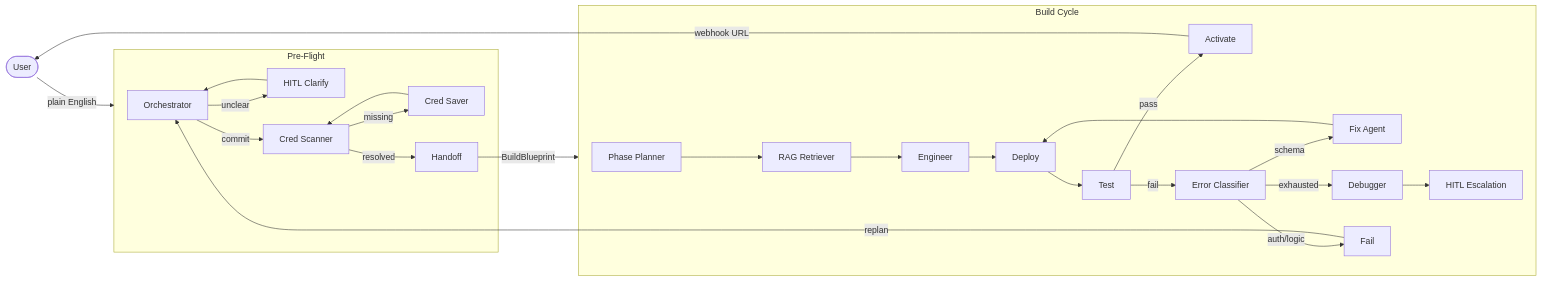
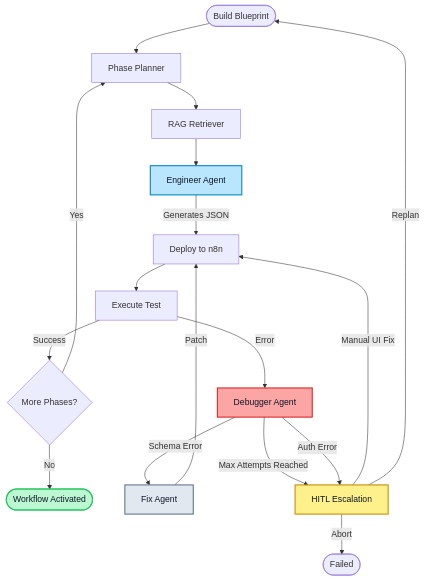
Before and after one commit to h19overflow/ARIA: the second of 3 diagrams in README.md, drawn with Mermaid. The commit also changed other lines of this file and 7 other files, not shown here.

````diff
--- a/README.md
+++ b/README.md
@@ -23,32 +62,32 @@
 ```mermaid
-flowchart LR
-    U([User]) -->|plain English| PF
+flowchart TD
+    Start([Build Blueprint]) --> PP[Phase Planner]
+    
+    PP --> RAG[RAG Retriever]
+    RAG --> ENG[Engineer Agent]
+    
+    ENG -->|Generates JSON| DEP[Deploy to n8n]
+    DEP --> TST[Execute Test]
+    
+    TST -->|Success| CHK{More Phases?}
+    CHK -->|Yes| PP
+    CHK -->|No| DONE([Workflow Activated])
+    
+    TST -->|Error| DBG[Debugger Agent]
+    
+    DBG -->|Schema Error| FIX[Fix Agent]
+    FIX -->|Patch| DEP
+    
+    DBG -->|Max Attempts Reached| ESC[HITL Escalation]
+    DBG -->|Auth Error| ESC
+    
+    ESC -->|Manual UI Fix| DEP
+    ESC -->|Replan| Start
+    ESC -->|Abort| FAIL([Failed])
 
-    subgraph PF [Pre-Flight]
-        O[Orchestrator] -->|unclear| HC[HITL Clarify]
-        HC --> O
-        O -->|commit| CS[Cred Scanner]
-        CS -->|missing| CSV[Cred Saver]
-        CSV --> CS
-        CS -->|resolved| HO[Handoff]
-    end
-
-    HO -->|BuildBlueprint| BC
-
-    subgraph BC [Build Cycle]
-        PP[Phase Planner] --> RAG[RAG Retriever]
-        RAG --> ENG[Engineer]
-        ENG --> DEP[Deploy]
-        DEP --> TST[Test]
-        TST -->|pass| ACT[Activate]
-        TST -->|fail| ECL[Error Classifier]
-        ECL -->|schema| FIX[Fix Agent]
-        FIX --> DEP
-        ECL -->|exhausted| DBG[Debugger]
-        DBG --> ESC[HITL Escalation]
-        ECL -->|auth/logic| FAIL[Fail]
-    end
-
-    ACT -->|webhook URL| U
-    FAIL -->|replan| O
+    style ENG fill:#bae6fd,stroke:#0284c7,stroke-width:2px,color:#0f172a
+    style DBG fill:#fca5a5,stroke:#dc2626,stroke-width:2px,color:#0f172a
+    style ESC fill:#fef08a,stroke:#ca8a04,stroke-width:2px,color:#0f172a
+    style FIX fill:#e2e8f0,stroke:#64748b,stroke-width:2px,color:#0f172a
+    style DONE fill:#bbf7d0,stroke:#22c55e,stroke-width:2px,color:#0f172a
 ```
````
